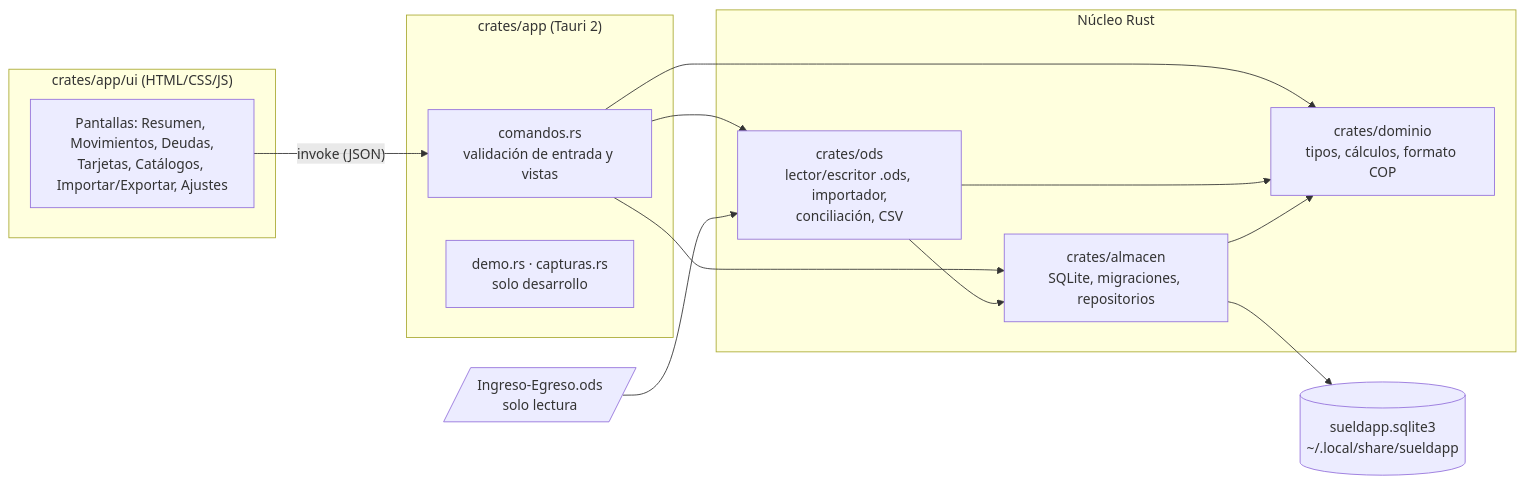
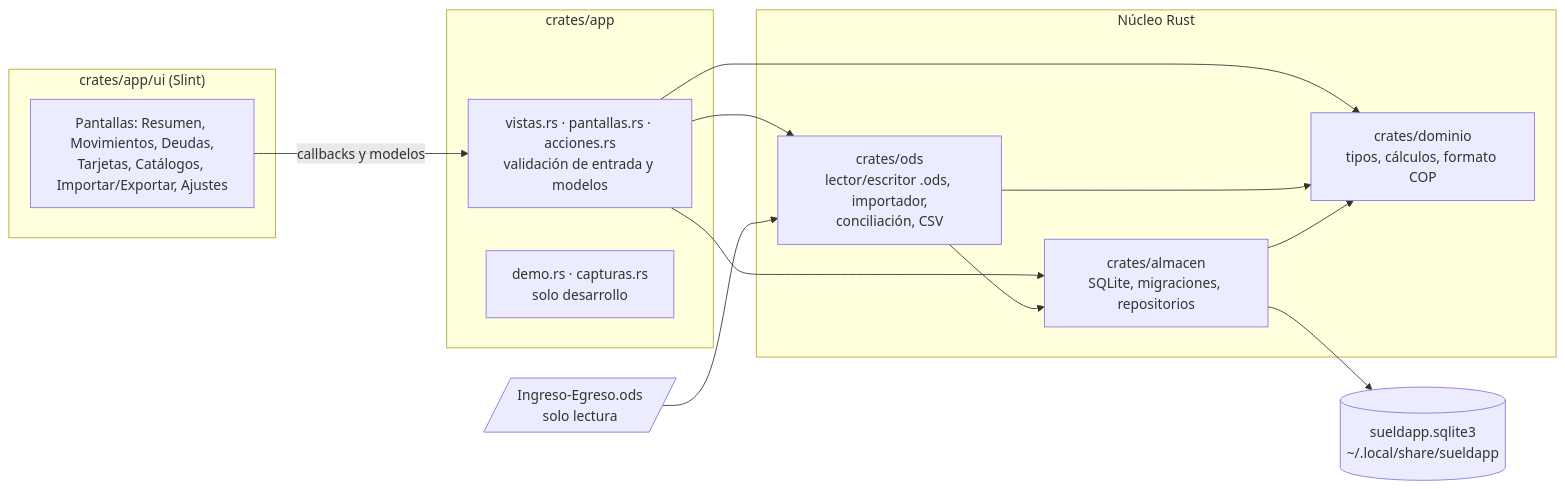
Before and after one commit to CpuJP/sueldapp: the diagram in docs/arquitectura.md, drawn with Mermaid. The commit also changed other lines of this file and 112 other files, not shown here.

First line of the commit message:
feat: interfaz nativa con Slint en lugar de Tauri/WebKit

````diff
--- a/docs/arquitectura.md
+++ b/docs/arquitectura.md
@@ -7,27 +7,27 @@
 ```mermaid
 flowchart LR
-  subgraph UI["crates/app/ui (HTML/CSS/JS)"]
+  subgraph UI["crates/app/ui (Slint)"]
     V[Pantallas: Resumen, Movimientos, Deudas,<br/>Tarjetas, Catálogos, Importar/Exportar, Ajustes]
   end
-  subgraph APP["crates/app (Tauri 2)"]
-    C[comandos.rs<br/>validación de entrada y vistas]
+  subgraph APP["crates/app"]
+    C[vistas.rs · pantallas.rs · acciones.rs<br/>validación de entrada y modelos]
     D[demo.rs · capturas.rs<br/>solo desarrollo]
   end
   subgraph NUCLEO["Núcleo Rust"]
     DOM[crates/dominio<br/>tipos, cálculos, formato COP]
     ALM[crates/almacen<br/>SQLite, migraciones, repositorios]
     ODS[crates/ods<br/>lector/escritor .ods, importador,<br/>conciliación, CSV]
   end
   DB[(sueldapp.sqlite3<br/>~/.local/share/sueldapp)]
   HOJA[/Ingreso-Egreso.ods<br/>solo lectura/]
 
-  V -- invoke (JSON) --> C
+  V -- callbacks y modelos --> C
   C --> DOM
   C --> ALM
   C --> ODS
   ODS --> DOM
   ODS --> ALM
   ALM --> DOM
   ALM --> DB
   HOJA --> ODS
 ```
````
